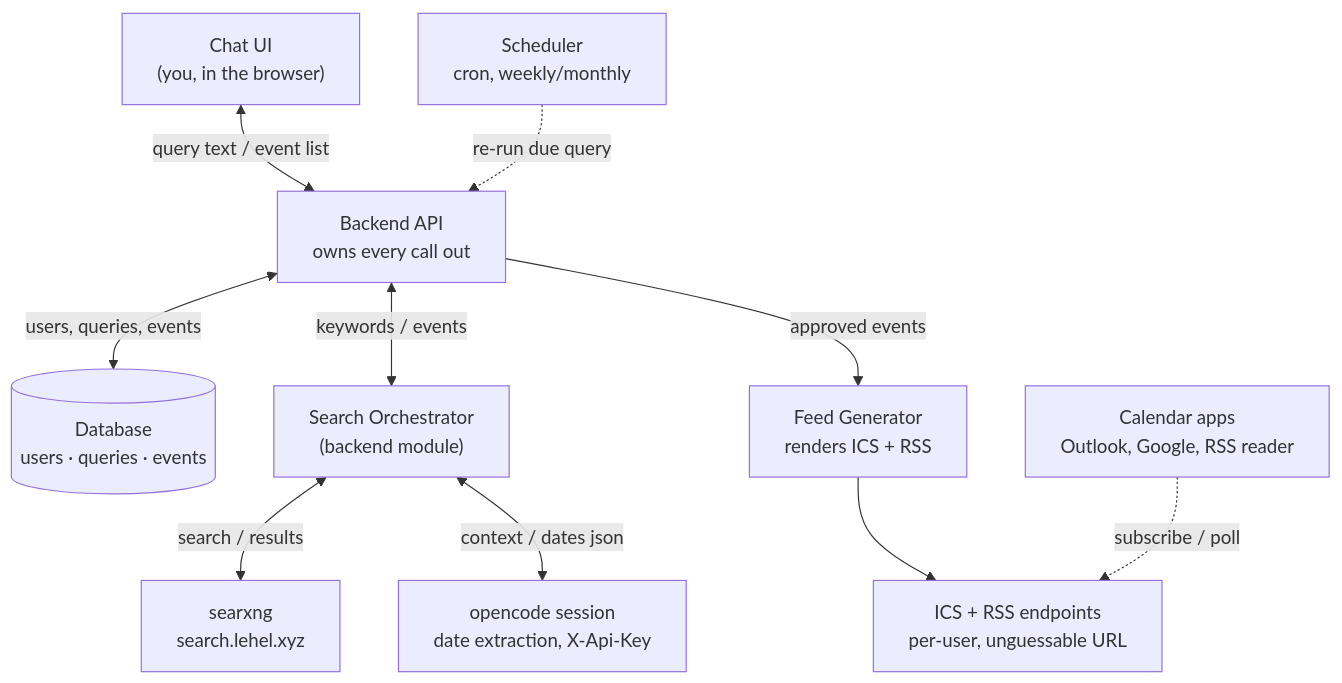
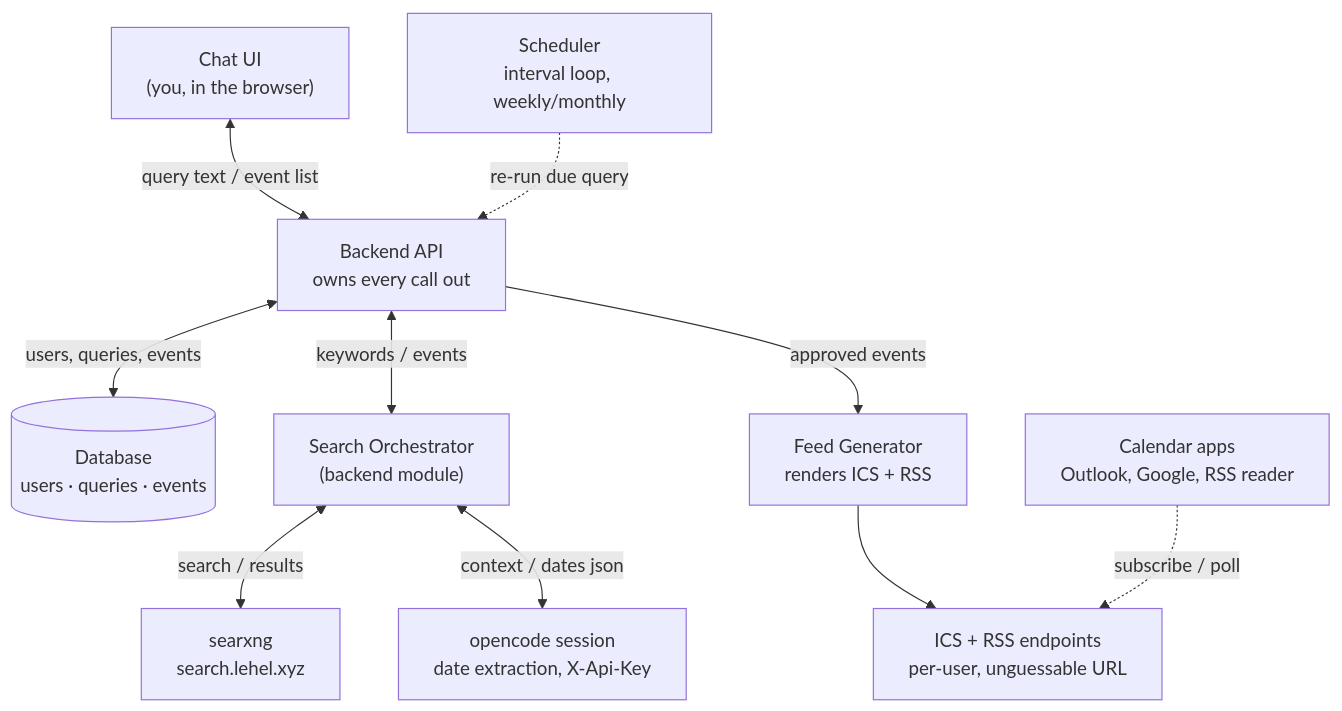
The first of 2 diagrams in docs/design.md (dachrisch/dontforget), drawn with Mermaid before and after one commit. The commit also changed other lines of this file and 23 other files, not shown here.

````diff
--- a/docs/design.md
+++ b/docs/design.md
@@ -33,23 +33,23 @@
 ```mermaid
 flowchart TB
     You["Chat UI<br/>(you, in the browser)"]
     Backend["Backend API<br/>owns every call out"]
-    Scheduler["Scheduler<br/>cron, weekly/monthly"]
+    Scheduler["Scheduler<br/>interval loop, weekly/monthly"]
     DB[("Database<br/>users · queries · events")]
     Orchestrator["Search Orchestrator<br/>(backend module)"]
     Searxng["searxng<br/>search.lehel.xyz"]
     Opencode["opencode session<br/>date extraction, X-Api-Key"]
     FeedGen["Feed Generator<br/>renders ICS + RSS"]
     Feeds["ICS + RSS endpoints<br/>per-user, unguessable URL"]
     Calendars["Calendar apps<br/>Outlook, Google, RSS reader"]
 
     You <-->|"query text / event list"| Backend
     Scheduler -.->|"re-run due query"| Backend
     Backend <-->|"keywords / events"| Orchestrator
     Orchestrator <-->|"search / results"| Searxng
     Orchestrator <-->|"context / dates json"| Opencode
     Backend <-->|"users, queries, events"| DB
     Backend -->|"approved events"| FeedGen
     FeedGen --> Feeds
     Calendars -.->|"subscribe / poll"| Feeds
 ```
````
